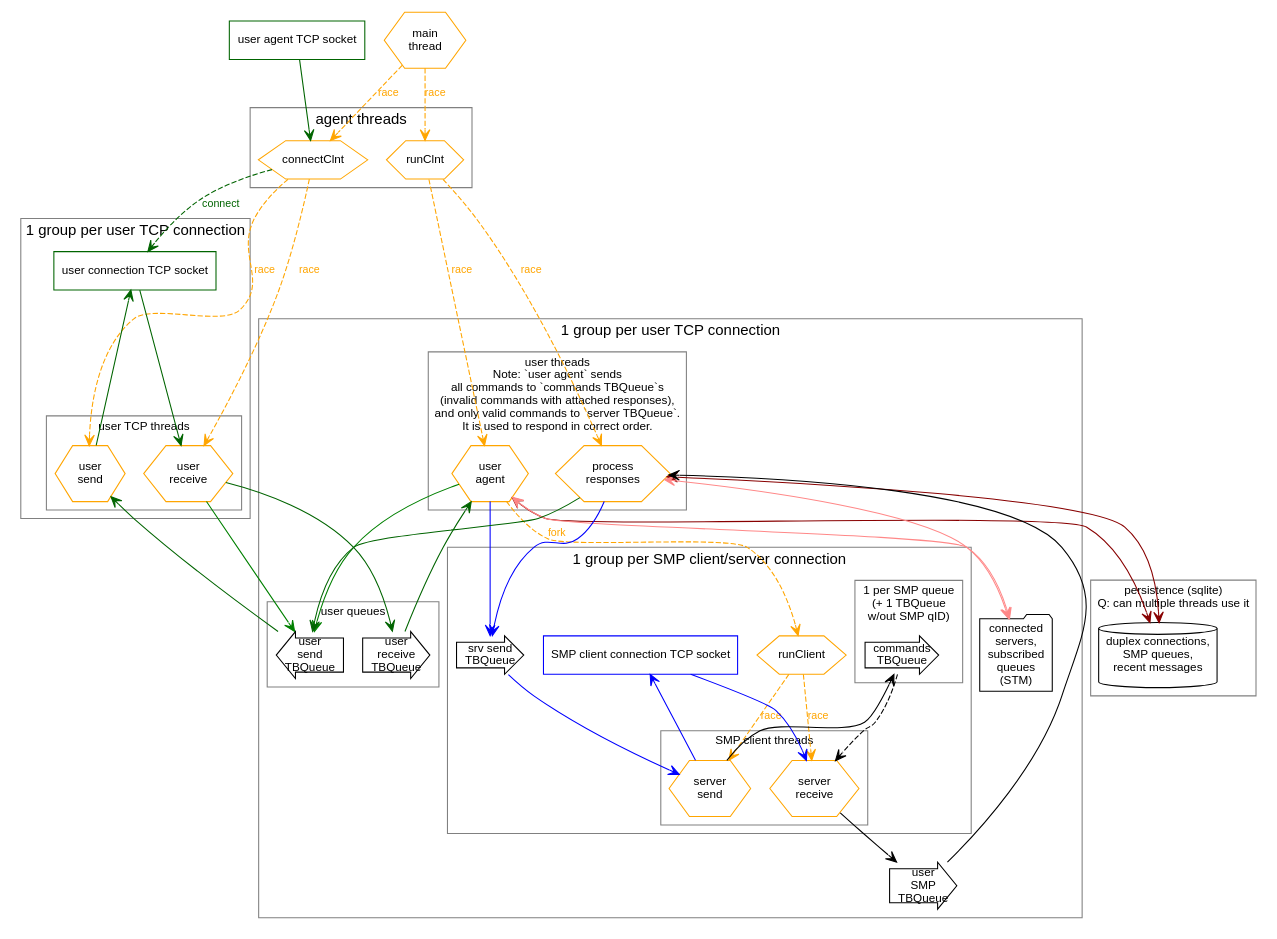
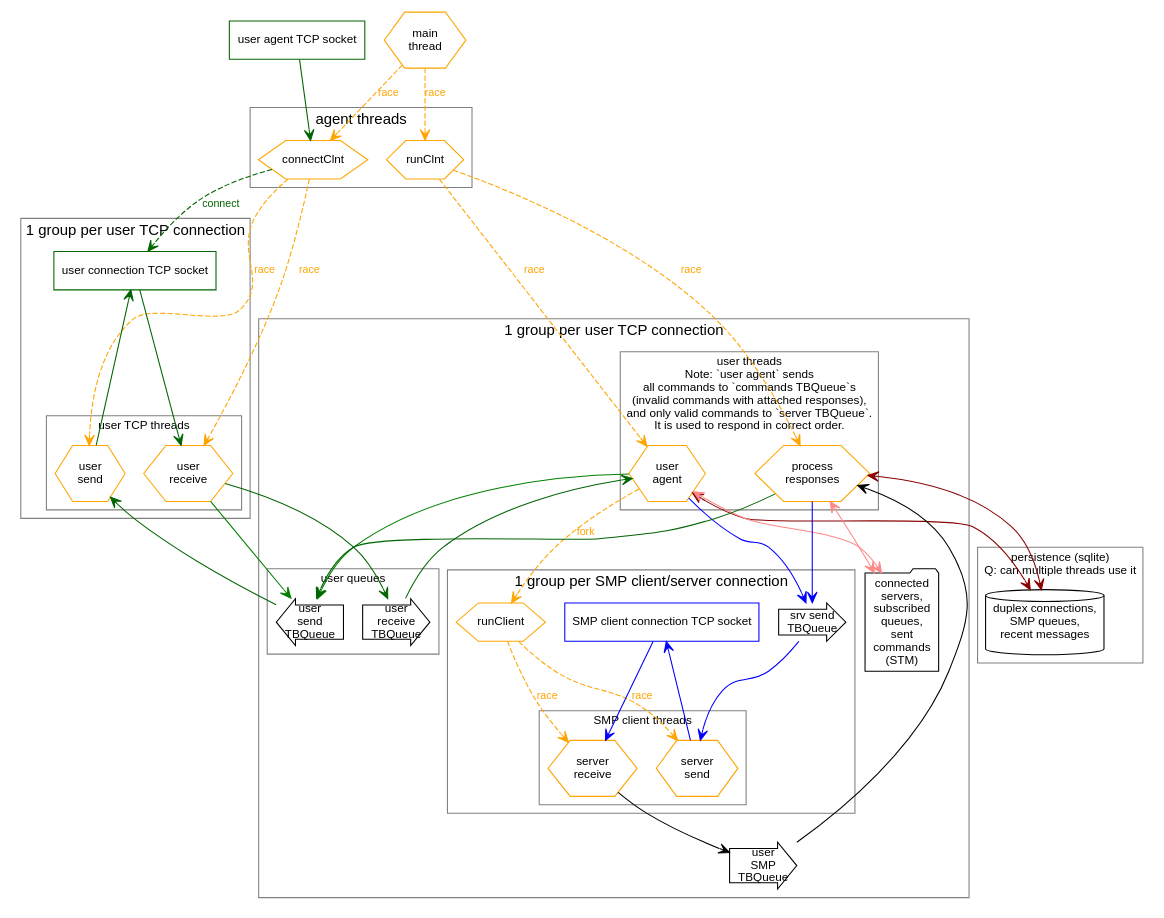
One commit to simplex-chat/simplexmq changed the diagram in design/agent2.gv. Above: the diagram before and after it, drawn with Graphviz. The commit also changed 5 other files, not shown here.

Commit message:
client/agent transmission types, parse NEW/INV commands

```diff
--- a/design/agent2.gv
+++ b/design/agent2.gv
@@ -1,107 +1,99 @@
 digraph SMPAgent {
   graph [fontname=arial]
   node [fontname=arial fontsize=11 shape=box]
   edge [fontname=arial fontsize=10 arrowhead=open arrowtail=open]
 
   main [shape=hexagon color=orange label="main\nthread"]
   aSock [label="user agent TCP socket" color=darkgreen]
 
   subgraph clusterPersistence {
     graph [fontsize=11 color=gray]
     label="persistence (sqlite)\nQ: can multiple threads use it"
     connectionsStore [shape=cylinder label="duplex connections,\nSMP queues,\nrecent messages"]
   }
 
   subgraph clusterAgent {
     graph [color=gray]
     node [shape=hexagon color=orange]
     label="agent threads" 
     connectClnt
     runClnt
   }
 
   main -> {runClnt connectClnt} [style=dashed label="race" color=orange fontcolor=orange]
   aSock -> connectClnt [color=darkgreen]
 
   subgraph clusterUserTCP {
     graph [color=gray]
     label="1 group per user TCP connection"
     uSock [label="user connection TCP socket" color=darkgreen]
 
     subgraph clusterUserTCPThreads {
       graph [fontsize=11 color=gray]
       label="user TCP threads"
       node [shape=hexagon, color=orange]
       uRcv [label="user\nreceive"]
       uSnd [label="user\nsend"]
     }
 
     uSock -> uRcv [color=darkgreen]
     uSnd -> uSock [color=darkgreen]
   }
 
   subgraph clusterUser {
     graph [color=gray]
     label="1 group per user TCP connection"
 
     subgraph clusterUserInterface {
       graph [fontsize=11]
       label="user queues"
       uInq [shape=rarrow label="user\nreceive\nTBQueue"]
       uOutq [shape=larrow label="user\nsend\nTBQueue"]
     }
 
     subgraph clusterUserThreads {
       graph [fontsize=11]
       label="user threads\nNote: `user agent` sends\nall commands to `commands TBQueue`s\n(invalid commands with attached responses),\nand only valid commands to `server TBQueue`.\nIt is used to respond in correct order."
       node [shape=hexagon, color=orange]
       uAgent [label="user\nagent"]
       uProcess [label="process\nresponses"]
     }
 
     uRcv -> uInq -> uAgent [color=darkgreen]
     uProcess -> uOutq -> uSnd [color=darkgreen]
     {uRcv uAgent} -> uOutq [color=green]
 
     uRespq [shape=rarrow label="user\nSMP\nTBQueue"]
 
     subgraph clusterClient {
       label="1 group per SMP client/server connection"
       runClient [shape=hexagon, color=orange]
       sOutq [shape=rarrow label="srv send\nTBQueue"]
       sSock [label="SMP client connection TCP socket" color=blue]
 
-      subgraph clusterQueue {
-        graph [fontsize=11]
-        label="1 per SMP queue\n(+ 1 TBQueue\nw/out SMP qID)"
-        sCmdq [shape=rarrow label="commands\nTBQueue"]
-      }
-
       subgraph clusterServerThreads {
         graph [fontsize=11]
         label="SMP client threads"
         node [shape=hexagon, color=orange]
         sAgent [label="server\nreceive"]
         sSnd [label="server\nsend"]
       }
 
       runClient -> {sAgent sSnd} [style=dashed label=race color=orange fontcolor=orange]
       {uAgent uProcess} -> sOutq -> sSnd -> sSock -> sAgent [color=blue]
     }
 
-    userState [label="connected\nservers,\nsubscribed\nqueues\n(STM)" shape="folder"]
+    userState [label="connected\nservers,\nsubscribed\nqueues,\nsent\ncommands\n(STM)" shape="folder"]
 
     {uAgent uProcess} -> userState [dir=both color="#FF8888"]
     {uAgent uProcess} -> connectionsStore [dir=both color="#880000"]
 
     connectClnt -> uSock [style=dashed label="connect" color=darkgreen fontcolor=darkgreen]
     connectClnt -> {uRcv uSnd} [style=dashed label="race" color=orange fontcolor=orange]
     runClnt -> {uAgent uProcess} [style=dashed label="race" color=orange fontcolor=orange]
 
-    sSnd -> sCmdq
-    sCmdq -> sAgent [style=dashed]
     sAgent -> uRespq -> uProcess
 
     uAgent -> runClient [style=dashed label="fork" color=orange fontcolor=orange]
   }
 }
```
